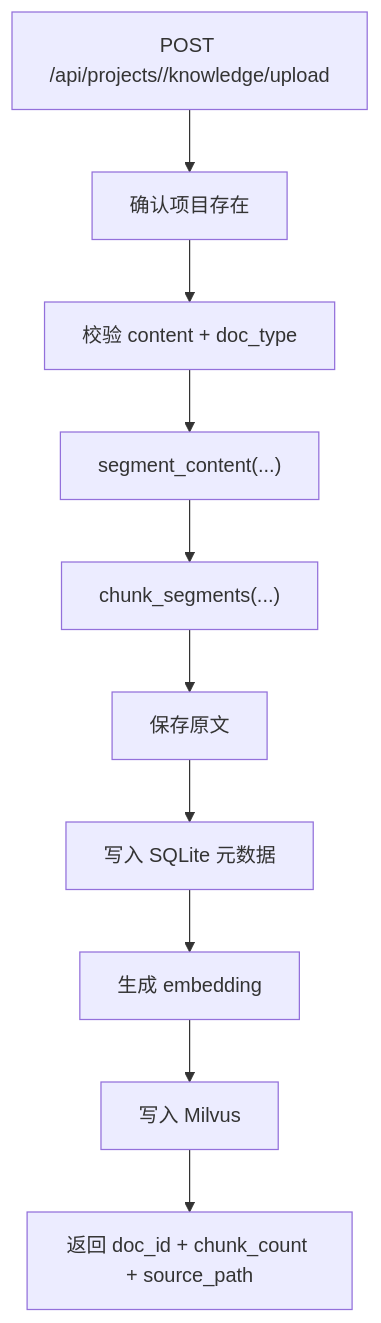
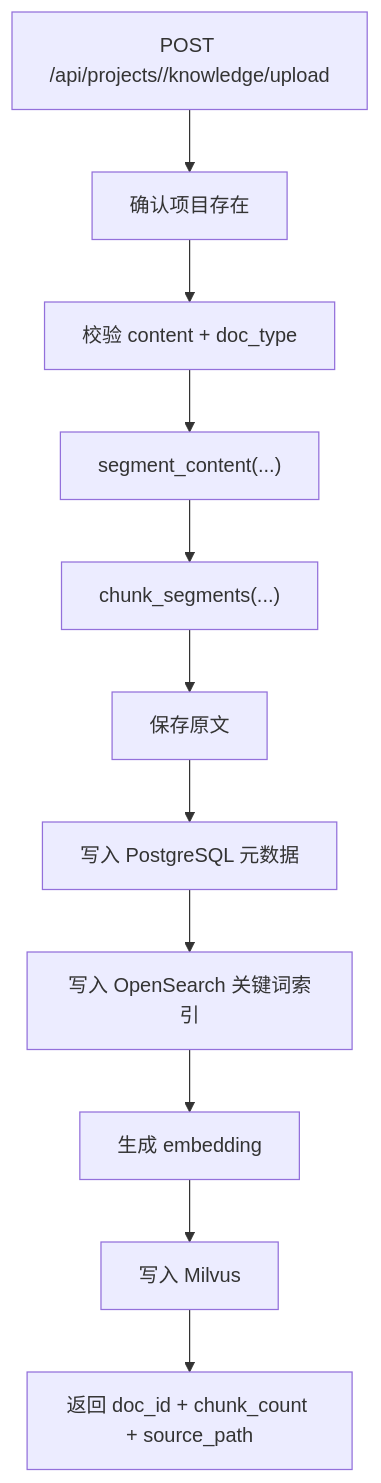
Before and after one commit to isWangjianhua/ScriptWriter: the third of 3 diagrams in docs/zh/architecture.md, drawn with Mermaid. The commit also changed other lines of this file and 14 other files, not shown here.

````diff
--- a/docs/zh/architecture.md
+++ b/docs/zh/architecture.md
@@ -104,12 +104,13 @@
 ```mermaid
 flowchart TD
     A["POST /api/projects/<project_id>/knowledge/upload"] --> B["确认项目存在"]
     B --> C["校验 content + doc_type"]
     C --> D["segment_content(...)"]
     D --> E["chunk_segments(...)"]
     E --> F["保存原文"]
-    F --> G["写入 SQLite 元数据"]
-    G --> H["生成 embedding"]
-    H --> I["写入 Milvus"]
-    I --> J["返回 doc_id + chunk_count + source_path"]
+    F --> G["写入 PostgreSQL 元数据"]
+    G --> H["写入 OpenSearch 关键词索引"]
+    H --> I["生成 embedding"]
+    I --> J["写入 Milvus"]
+    J --> K["返回 doc_id + chunk_count + source_path"]
 ```
````
